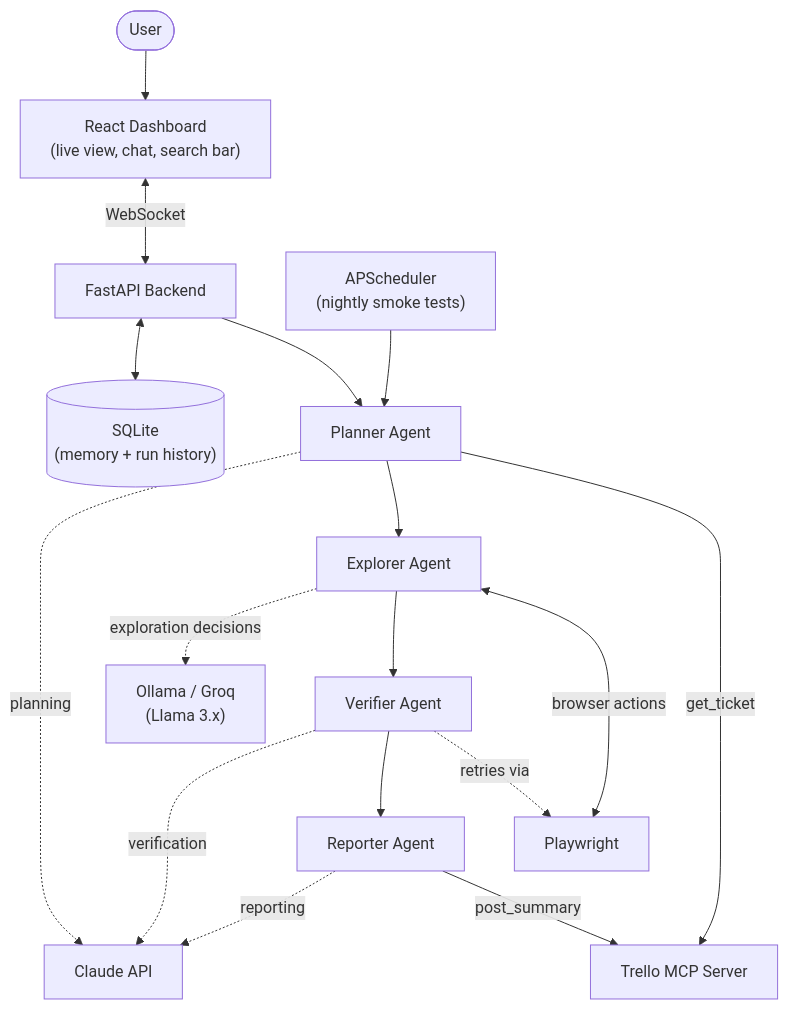
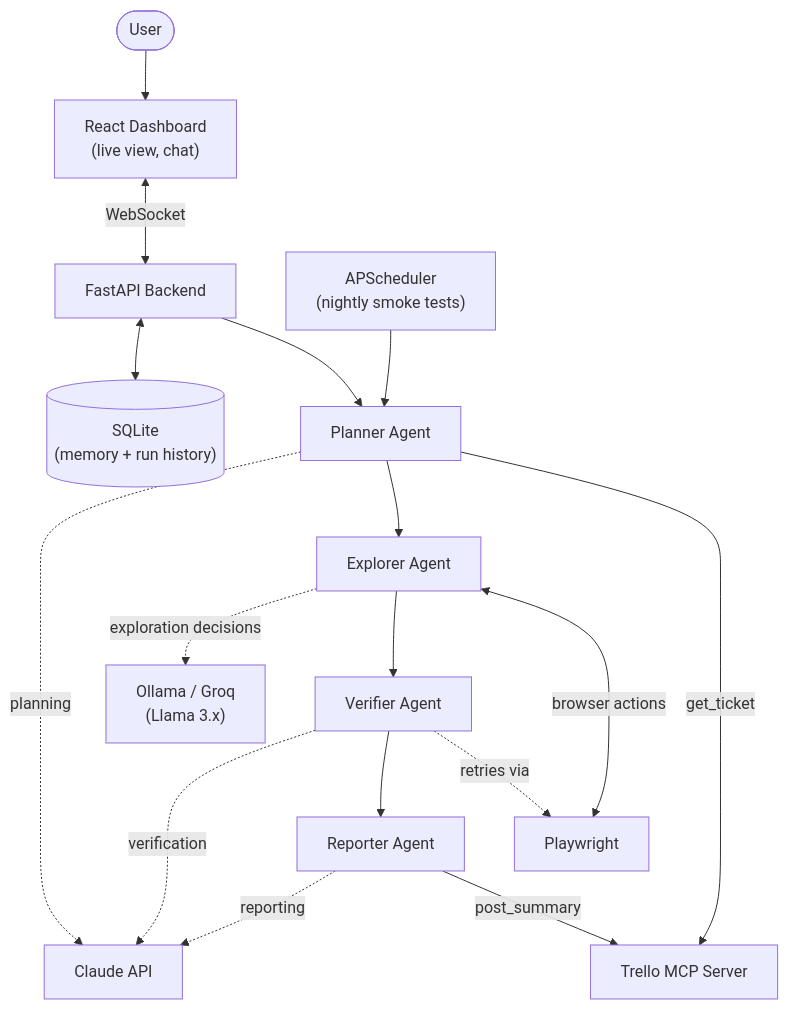
The diagram in README.md (duashakeel0/Agentic-Web-QA-tester), drawn with Mermaid before and after one commit. The commit also changed other lines of this file and 15 other files, not shown here.

First line of the commit message:
Remove the Ask-the-Site search bar - redundant with the global chat

````diff
--- a/README.md
+++ b/README.md
@@ -9,23 +9,23 @@
 ```mermaid
 flowchart TB
-    User([User]) --> Dashboard["React Dashboard\n(live view, chat, search bar)"]
+    User([User]) --> Dashboard["React Dashboard\n(live view, chat)"]
     Dashboard <-->|WebSocket| Backend["FastAPI Backend"]
 
     Backend --> Planner["Planner Agent"]
     Planner -->|get_ticket| TicketMCP["Trello MCP Server"]
     Planner --> Explorer["Explorer Agent"]
     Explorer <-->|browser actions| Playwright["Playwright"]
     Explorer --> Verifier["Verifier Agent"]
     Verifier -.->|retries via| Playwright
     Verifier --> Reporter["Reporter Agent"]
     Reporter -->|post_summary| TicketMCP
 
     Scheduler["APScheduler\n(nightly smoke tests)"] --> Planner
 
     Planner -.->|planning| Claude["Claude API"]
     Verifier -.->|verification| Claude
     Reporter -.->|reporting| Claude
     Explorer -.->|exploration decisions| Ollama["Ollama / Groq\n(Llama 3.x)"]
 
     Backend <--> DB[("SQLite\n(memory + run history)")]
 ```
````
